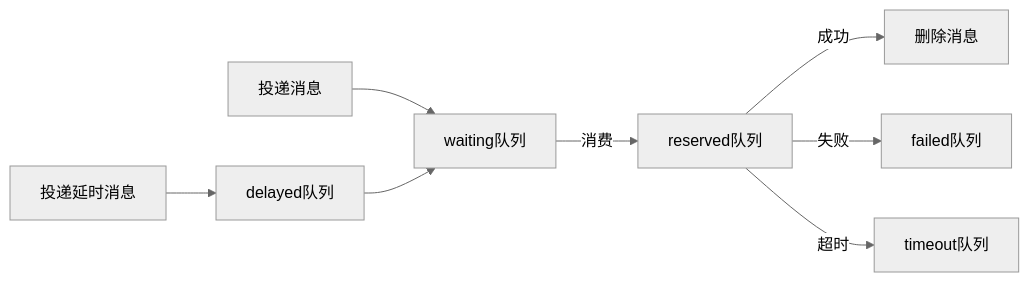
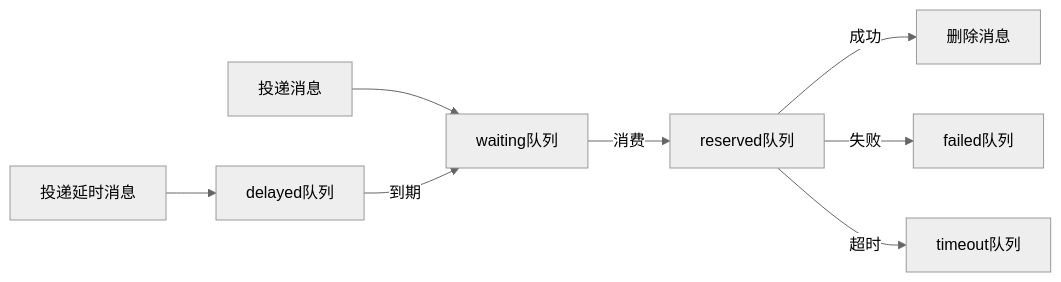
Before and after one commit to hyperf/hyperf: the diagram in doc/zh-cn/async-queue.md, drawn with Mermaid (neutral theme).

````diff
--- a/doc/zh-cn/async-queue.md
+++ b/doc/zh-cn/async-queue.md
@@ -359,10 +359,10 @@
 ```mermaid
 graph LR;
 A[投递延时消息]-->C[delayed队列];
 B[投递消息]-->D[waiting队列];
-C-->D;
+C--到期-->D;
 D--消费-->E[reserved队列];
 E--成功-->F[删除消息];
 E--失败-->G[failed队列];
 E--超时-->H[timeout队列];
 ```
````
